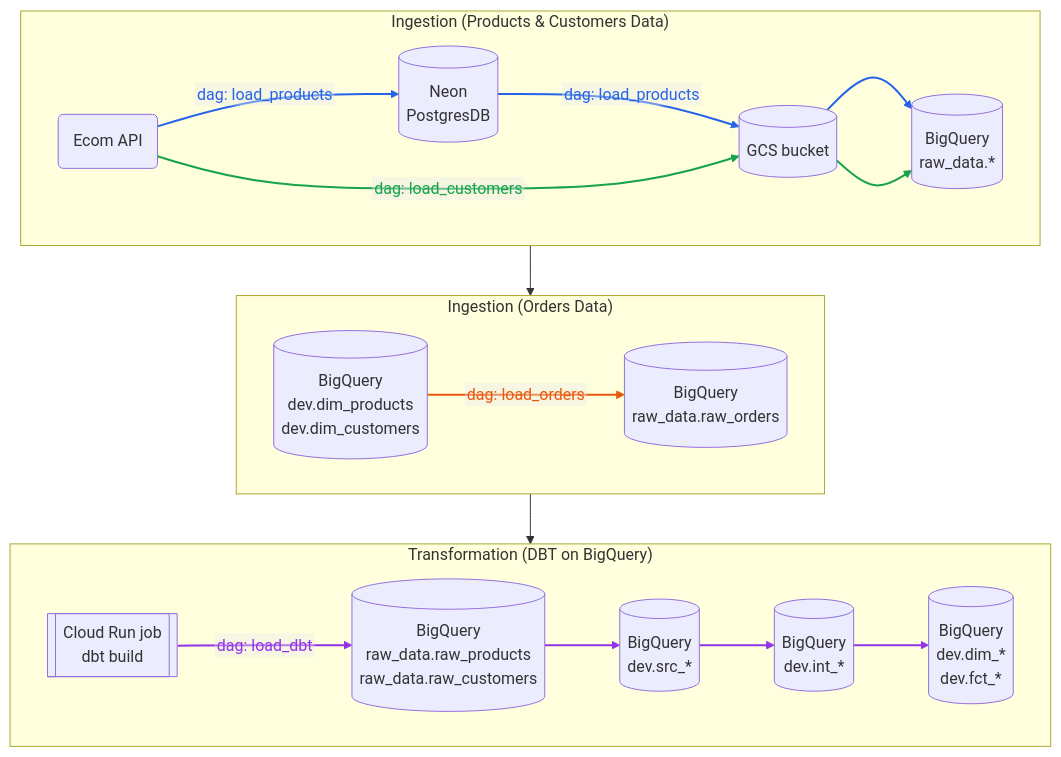
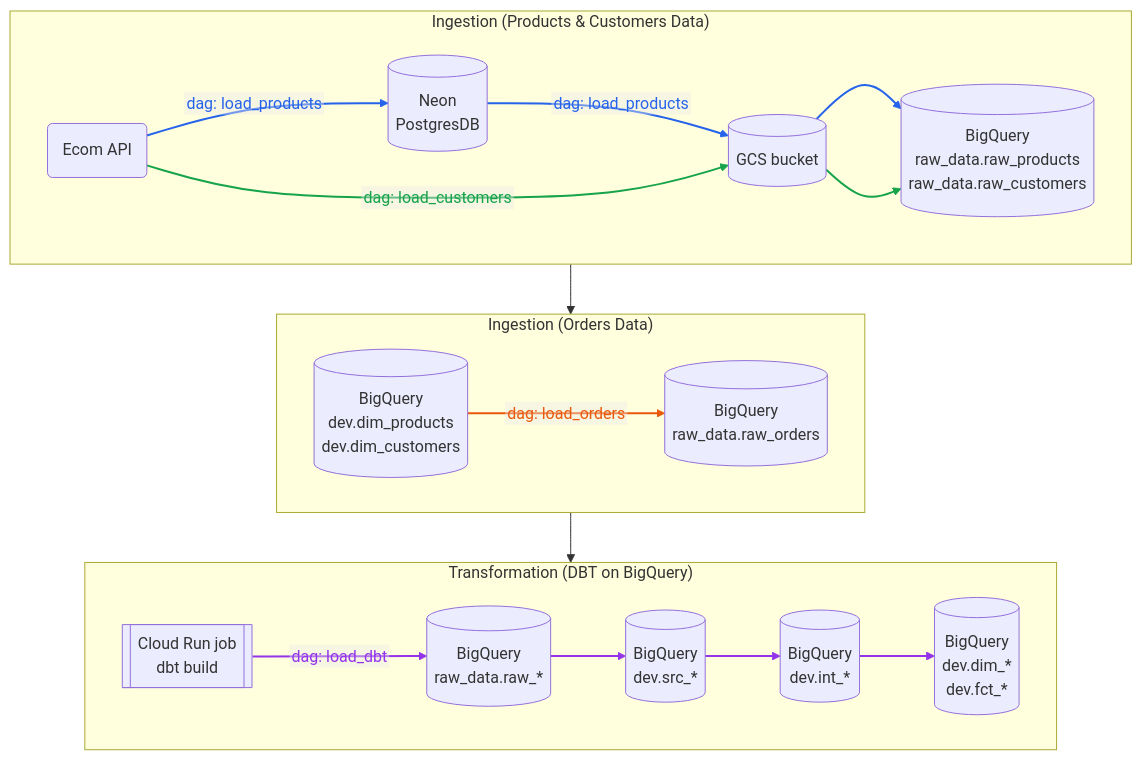
Before and after one commit to candychen00/faker-ecom-project__airflow_dbt: the first of 5 diagrams in airflow/README.md, drawn with Mermaid.

Commit message:
Add af readme v11

````diff
--- a/airflow/README.md
+++ b/airflow/README.md
@@ -31,44 +31,44 @@
 ```mermaid
 %%{init: {"flowchart": {"htmlLabels": false}}}%%
 flowchart TB
     subgraph ROW1["Ingestion (Products & Customers Data)"]
         direction LR
         API(Ecom API)
         PG[(Neon<br>PostgresDB)]
         GCS[(GCS bucket)]
-        RAW[(BigQuery<br/>raw_data.*)]
+        RAW[(BigQuery<br/>raw_data.raw_products<br>raw_data.raw_customers)]
     end
 
     subgraph ROW2["Ingestion (Orders Data)"]
         direction LR
         BQ_DIM[(BigQuery<br>dev.dim_products<br>dev.dim_customers)]
         BQ_FCT[(BigQuery<br>raw_data.raw_orders)]
     end
 
     subgraph ROW3["Transformation (DBT on BigQuery)"]
         direction LR
         DBT[[Cloud Run job<br>dbt build]]
-        BQ_RAW[(BigQuery<br/>raw_data.raw_products<br>raw_data.raw_customers)]
+        BQ_RAW[(BigQuery<br/>raw_data.raw_*)]
         BQ_SRC[(BigQuery<br/>dev.src_*)]
         BQ_INT[(BigQuery<br/>dev.int_*)]
         BQ_DIM_FCT[(BigQuery<br/>dev.dim_*<br>dev.fct_*)]
     end
 
     API -- dag: load_products --> PG
     PG -- dag: load_products --> GCS
     API -- dag: load_customers --> GCS
     GCS --> RAW
     GCS --> RAW
 
     BQ_DIM -- dag: load_orders --> BQ_FCT
 
     DBT -- dag: load_dbt --> BQ_RAW --> BQ_SRC --> BQ_INT --> BQ_DIM_FCT
 
     ROW1 --> ROW2 --> ROW3
 
     %% Edge indices follow declaration order (0-based)
     linkStyle 0,1,3 stroke:#2563eb,stroke-width:2px,color:#2563eb
     linkStyle 2,4 stroke:#16a34a,stroke-width:2px,color:#16a34a
     linkStyle 5 stroke:#ea580c,stroke-width:2px,color:#ea580c
     linkStyle 6,7,8,9 stroke:#9333ea,stroke-width:2px,color:#9333ea
 ```
````
